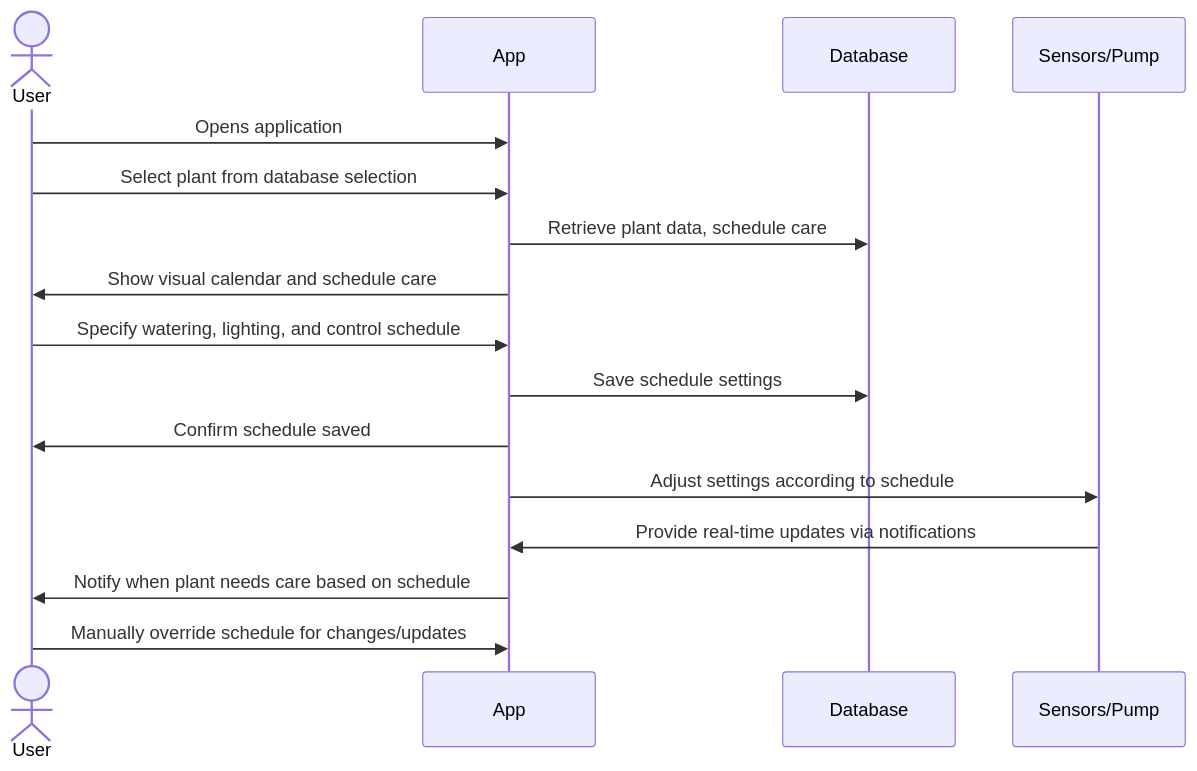
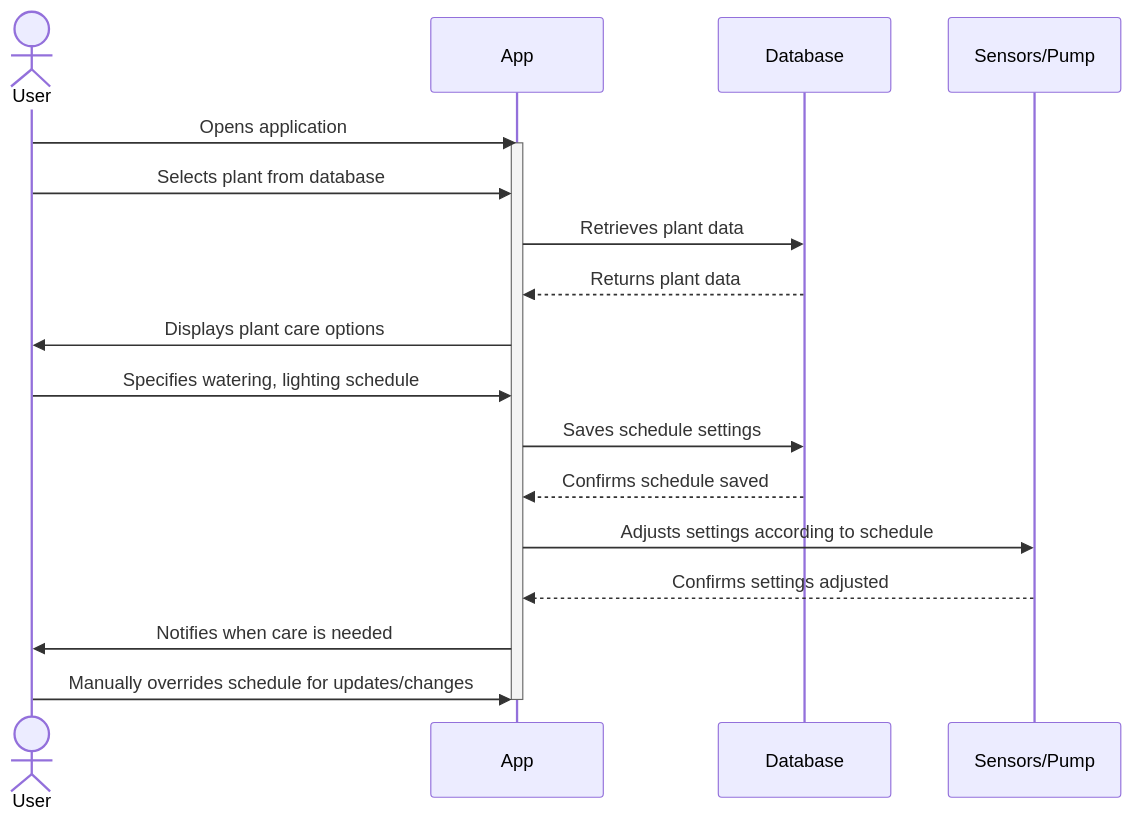
Before and after one commit to capstone-projects-2024-fall/project-automated-plant-caregiver: the fifth of 7 diagrams in documentation/docs/system-architecture/sequenceDiagram.md, drawn with Mermaid. The commit also changed other lines of this file, not shown here.

````diff
--- a/documentation/docs/system-architecture/sequenceDiagram.md
+++ b/documentation/docs/system-architecture/sequenceDiagram.md
@@ -164,15 +164,18 @@
 ```mermaid
 sequenceDiagram
     actor User
     User ->> App: Opens application
-    User ->> App: Select plant from database selection
-    App ->> Database: Retrieve plant data, schedule care
-    App ->> User: Show visual calendar and schedule care
-    User ->> App: Specify watering, lighting, and control schedule
-    App ->> Database: Save schedule settings
-    App ->> User: Confirm schedule saved
-    App ->> Sensors/Pump: Adjust settings according to schedule
-    Sensors/Pump ->> App: Provide real-time updates via notifications
-    App ->> User: Notify when plant needs care based on schedule
-    User ->> App: Manually override schedule for changes/updates
+    activate App
+    User ->> App: Selects plant from database
+    App ->> Database: Retrieves plant data
+    Database -->> App: Returns plant data
+    App ->> User: Displays plant care options
+    User ->> App: Specifies watering, lighting schedule
+    App ->> Database: Saves schedule settings
+    Database -->> App: Confirms schedule saved
+    App ->> Sensors/Pump: Adjusts settings according to schedule
+    Sensors/Pump -->> App: Confirms settings adjusted
+    App ->> User: Notifies when care is needed
+    User ->> App: Manually overrides schedule for updates/changes
+    deactivate App
 ```
````
